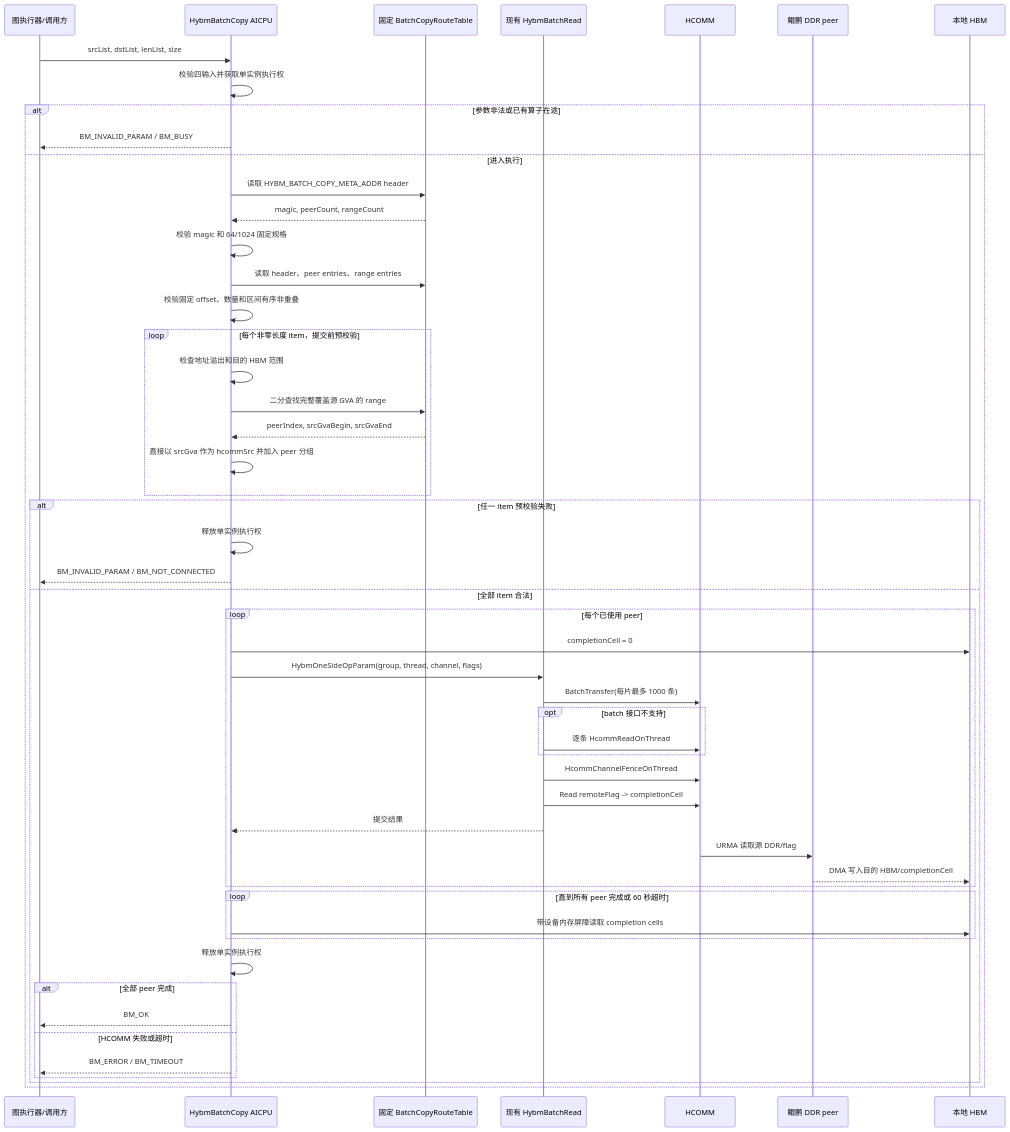
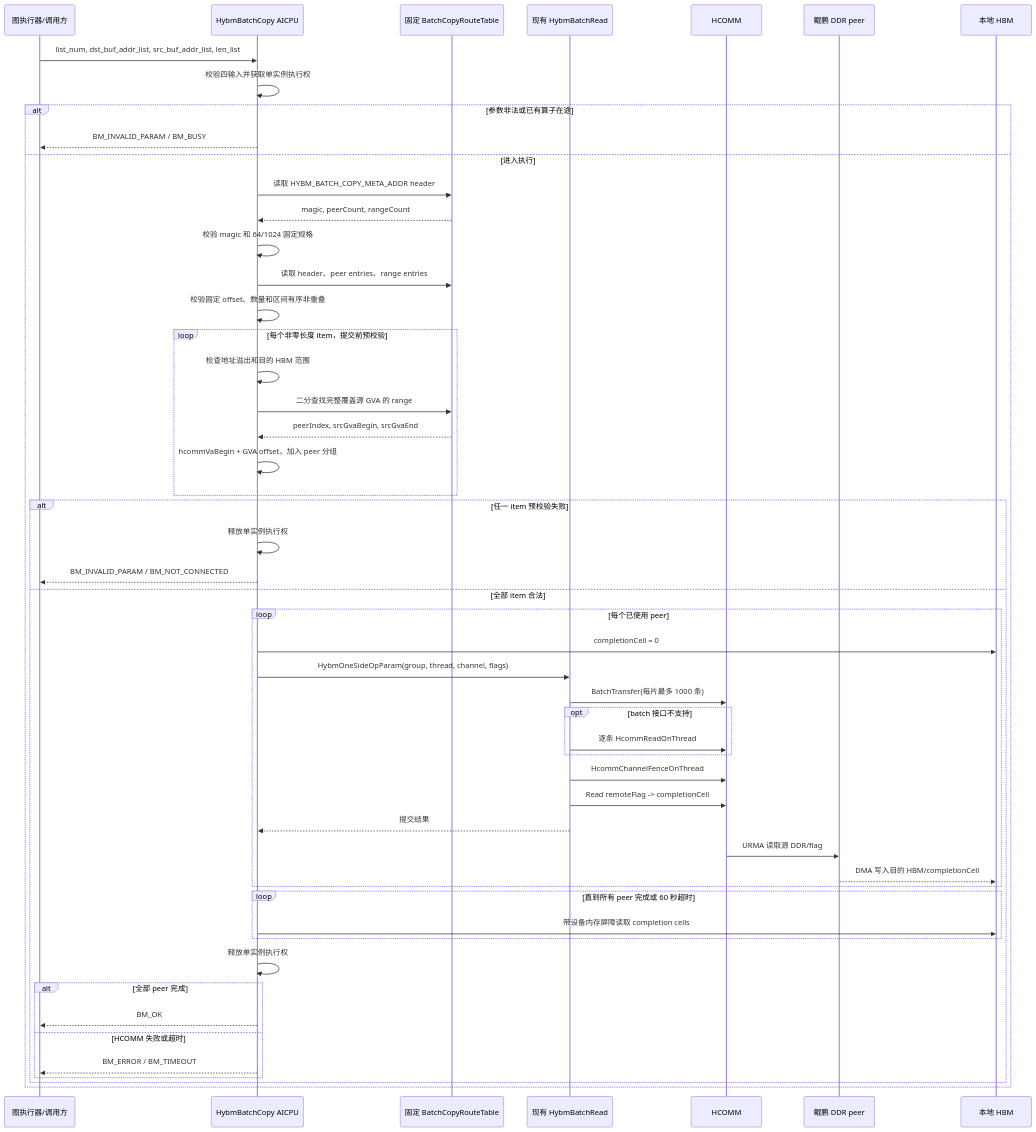
Before and after one commit to NoCoder0/memfabric_hybrid: the fourth of 4 diagrams in docs/batch_copy_aicpu_urma_design.md, drawn with Mermaid. The commit also changed other lines of this file and 1 other file, not shown here.

````diff
--- a/docs/batch_copy_aicpu_urma_design.md
+++ b/docs/batch_copy_aicpu_urma_design.md
@@ -565,55 +614,55 @@
 ```mermaid
 sequenceDiagram
     participant U as 图执行器/调用方
     participant O as HybmBatchCopy AICPU
     participant T as 固定 BatchCopyRouteTable
     participant B as 现有 HybmBatchRead
     participant H as HCOMM
     participant P as 鲲鹏 DDR peer
     participant D as 本地 HBM
 
-    U->>O: srcList, dstList, lenList, size
+    U->>O: list_num, dst_buf_addr_list, src_buf_addr_list, len_list
     O->>O: 校验四输入并获取单实例执行权
     alt 参数非法或已有算子在途
         O-->>U: BM_INVALID_PARAM / BM_BUSY
     else 进入执行
         O->>T: 读取 HYBM_BATCH_COPY_META_ADDR header
         T-->>O: magic, peerCount, rangeCount
         O->>O: 校验 magic 和 64/1024 固定规格
         O->>T: 读取 header、peer entries、range entries
         O->>O: 校验固定 offset、数量和区间有序非重叠
         loop 每个非零长度 item，提交前预校验
             O->>O: 检查地址溢出和目的 HBM 范围
             O->>T: 二分查找完整覆盖源 GVA 的 range
             T-->>O: peerIndex, srcGvaBegin, srcGvaEnd
-            O->>O: 直接以 srcGva 作为 hcommSrc 并加入 peer 分组
+            O->>O: hcommVaBegin + GVA offset，加入 peer 分组
         end
         alt 任一 item 预校验失败
             O->>O: 释放单实例执行权
             O-->>U: BM_INVALID_PARAM / BM_NOT_CONNECTED
         else 全部 item 合法
             loop 每个已使用 peer
                 O->>D: completionCell = 0
                 O->>B: HybmOneSideOpParam(group, thread, channel, flags)
                 B->>H: BatchTransfer(每片最多 1000 条)
                 opt batch 接口不支持
                     B->>H: 逐条 HcommReadOnThread
                 end
                 B->>H: HcommChannelFenceOnThread
                 B->>H: Read remoteFlag -> completionCell
                 B-->>O: 提交结果
                 H->>P: URMA 读取源 DDR/flag
                 P-->>D: DMA 写入目的 HBM/completionCell
             end
             loop 直到所有 peer 完成或 60 秒超时
                 O->>D: 带设备内存屏障读取 completion cells
             end
             O->>O: 释放单实例执行权
             alt 全部 peer 完成
                 O-->>U: BM_OK
             else HCOMM 失败或超时
                 O-->>U: BM_ERROR / BM_TIMEOUT
             end
         end
     end
 ```
````
